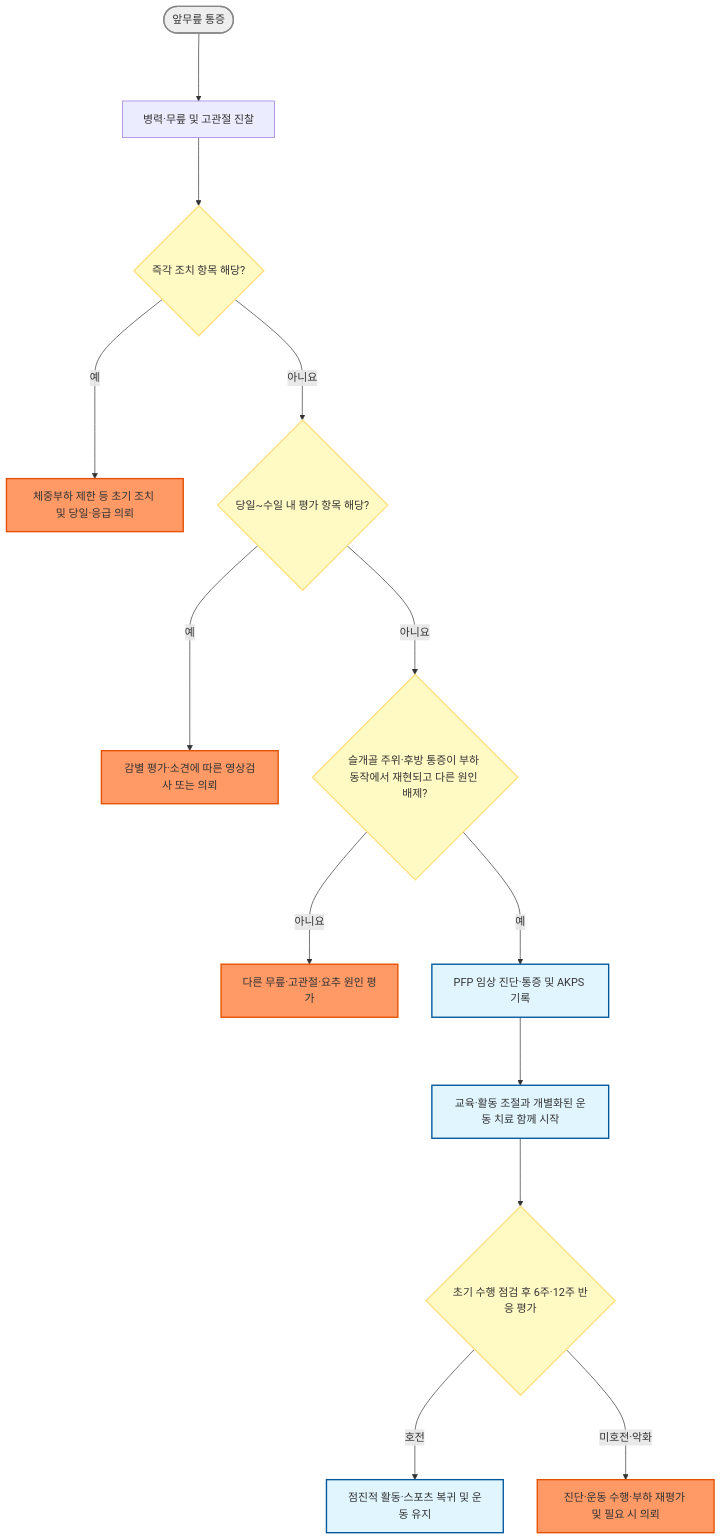
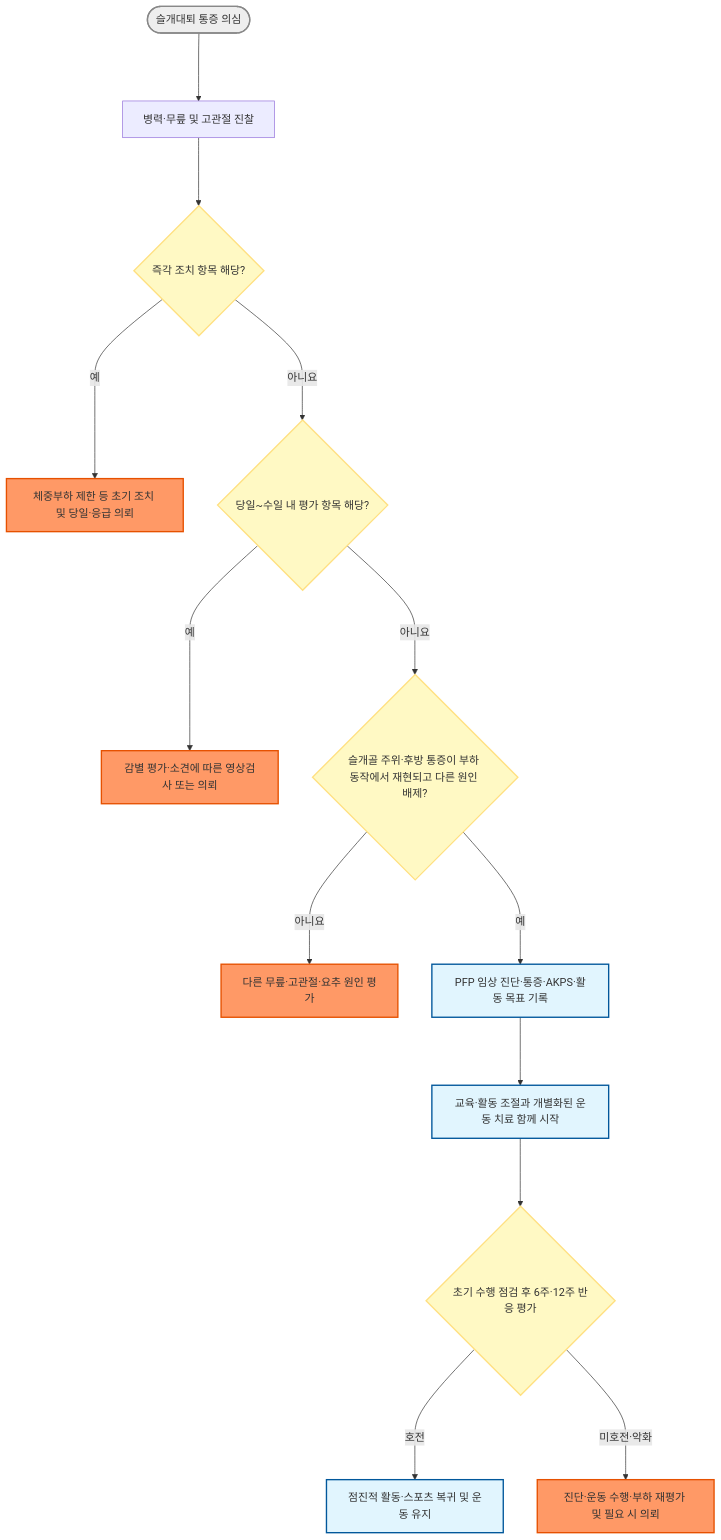
The diagram in 228_/145_-patellofemoral-pain-syndrome.md (familyoh77/familyoh77), drawn with Mermaid before and after one commit. The commit also changed other lines of this file and 9 other files, not shown here.

````diff
--- a/228_/145_-patellofemoral-pain-syndrome.md
+++ b/228_/145_-patellofemoral-pain-syndrome.md
@@ -149,24 +151,24 @@
 ```mermaid
 graph TD
-    Start(["앞무릎 통증"]) ---> A["병력·무릎 및 고관절 진찰"]
+    Start(["슬개대퇴 통증 의심"]) ---> A["병력·무릎 및 고관절 진찰"]
     A ---> RF{"즉각 조치 항목 해당?"}
     RF --->|예| C["체중부하 제한 등 초기 조치 및 당일·응급 의뢰"]
     RF --->|아니요| U{"당일~수일 내 평가 항목 해당?"}
     U --->|예| V["감별 평가·소견에 따른 영상검사 또는 의뢰"]
     U --->|아니요| D{"슬개골 주위·후방 통증이 부하 동작에서 재현되고 다른 원인 배제?"}
     D --->|아니요| X["다른 무릎·고관절·요추 원인 평가"]
-    D --->|예| F["PFP 임상 진단·통증 및 AKPS 기록"]
+    D --->|예| F["PFP 임상 진단·통증·AKPS·활동 목표 기록"]
     F ---> H["교육·활동 조절과 개별화된 운동 치료 함께 시작"]
     H ---> I{"초기 수행 점검 후 6주·12주 반응 평가"}
     I --->|호전| J["점진적 활동·스포츠 복귀 및 운동 유지"]
     I --->|미호전·악화| K["진단·운동 수행·부하 재평가 및 필요 시 의뢰"]
 
     class RF,U,D,I question
     class C,V,X,K refer
     class F,H,J action
     class Start start
     classDef start fill:#eeeeee,stroke:#888888,stroke-width:2px
     classDef question fill:#fff9c4,stroke:#ffe082,stroke-width:2px
     classDef refer fill:#f96,stroke:#e65100,stroke-width:2px
     classDef action fill:#e1f5fe,stroke:#01579b,stroke-width:2px
 ```
````
